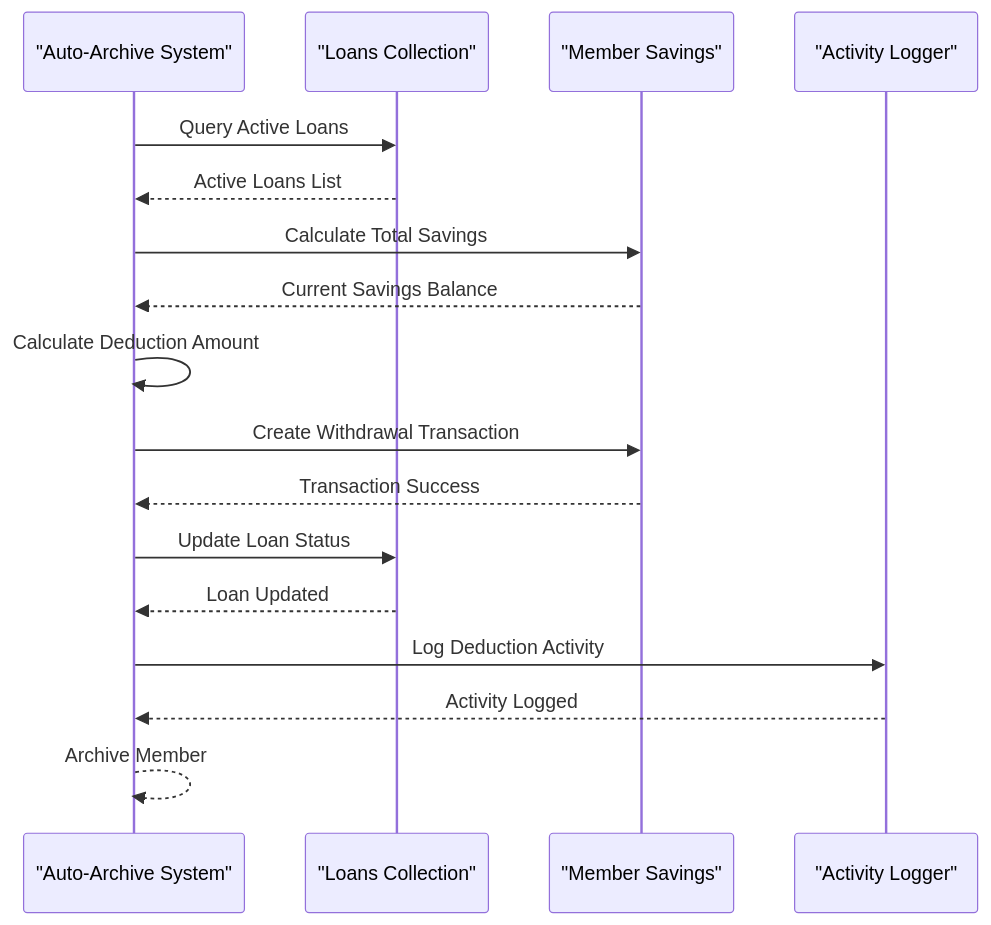
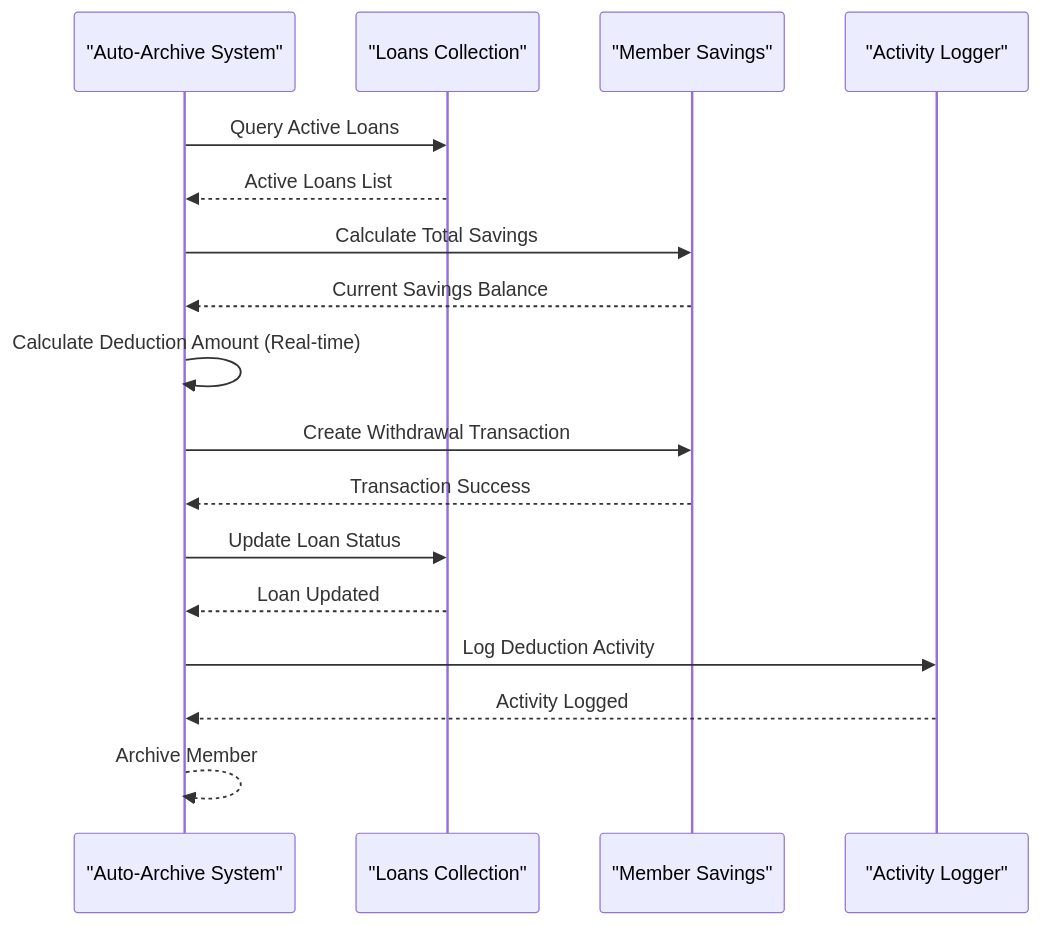
One commit to Unsure-bry/sampacoop_system changed diagram 11 of 15 in .qoder/repowiki/en/content/Member Management System/Member Records System.md. Above: the diagram before and after it, drawn with Mermaid. The commit also changed other lines of this file and 6 other files, not shown here.

````diff
--- a/.qoder/repowiki/en/content/Member Management System/Member Records System.md
+++ b/.qoder/repowiki/en/content/Member Management System/Member Records System.md
@@ -559,19 +560,19 @@
 ```mermaid
 sequenceDiagram
 participant System as "Auto-Archive System"
 participant LoansDB as "Loans Collection"
 participant SavingsDB as "Member Savings"
 participant ActivityLog as "Activity Logger"
 System->>LoansDB : Query Active Loans
 LoansDB-->>System : Active Loans List
 System->>SavingsDB : Calculate Total Savings
 SavingsDB-->>System : Current Savings Balance
-System->>System : Calculate Deduction Amount
+System->>System : Calculate Deduction Amount (Real-time)
 System->>SavingsDB : Create Withdrawal Transaction
 SavingsDB-->>System : Transaction Success
 System->>LoansDB : Update Loan Status
 LoansDB-->>System : Loan Updated
 System->>ActivityLog : Log Deduction Activity
 ActivityLog-->>System : Activity Logged
 System-->>System : Archive Member
 ```
````
